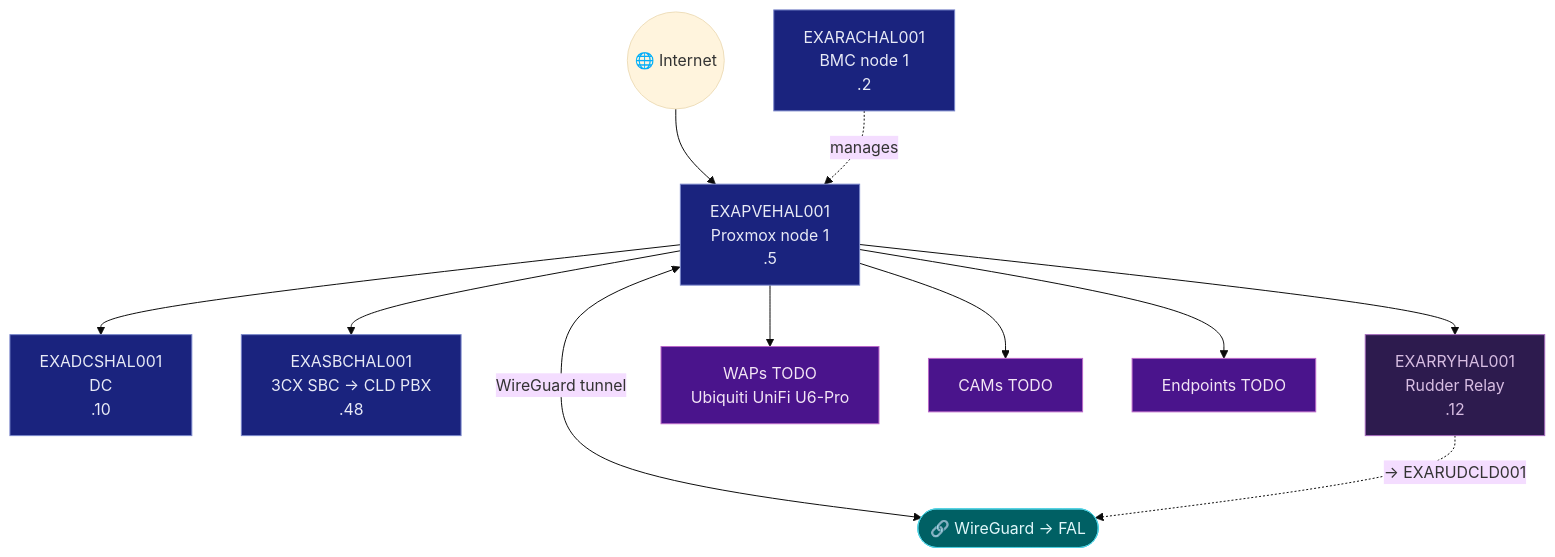
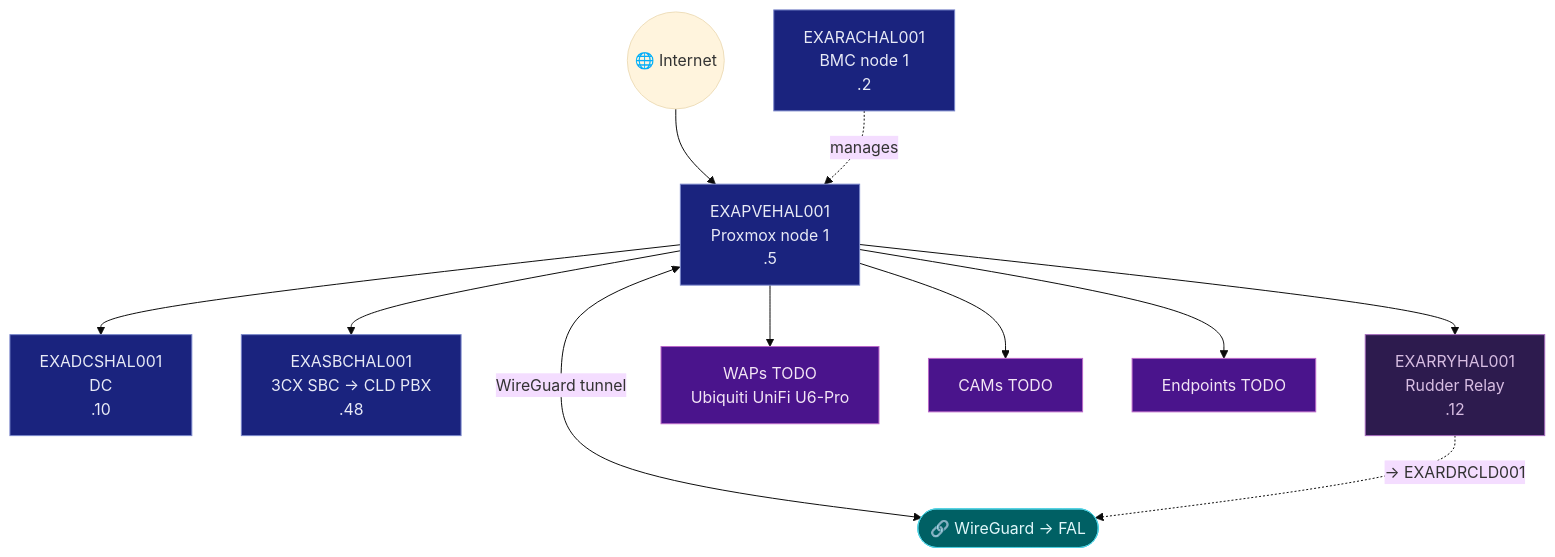
Before and after one commit to knightmare2600/example_music_infra: diagram 15 of 47 in docs/network-diagram.md, drawn with Mermaid (base theme). The commit also changed other lines of this file and 9 other files, not shown here.

````diff
--- a/docs/network-diagram.md
+++ b/docs/network-diagram.md
@@ -813,29 +814,29 @@
 ```mermaid
 graph TD
     INET(("🌐 Internet"))
     RAC["EXARACHAL001\nBMC node 1\n.2"]
     PVE["EXAPVEHAL001\nProxmox node 1\n.5"]
     DC["EXADCSHAL001\nDC\n.10"]
     SBC["EXASBCHAL001\n3CX SBC → CLD PBX\n.48"]
     RRY["EXARRYHAL001\nRudder Relay\n.12"]
     WAP["WAPs TODO\nUbiquiti UniFi U6-Pro"]
     CAM["CAMs TODO"]
     EP["Endpoints TODO"]
     VPN(["🔗 WireGuard → FAL"])
 
     INET --> PVE --> DC & SBC
     RAC -.->|"manages"| PVE
     PVE --> WAP & CAM & EP
     PVE <-->|"WireGuard tunnel"| VPN
 
     PVE --> RRY
-    RRY -. "→ EXARUDCLD001" .-> VPN
+    RRY -. "→ EXARDRCLD001" .-> VPN
     classDef srv fill:#1a237e,stroke:#7986cb,color:#e8eaf6
     classDef ep fill:#4a148c,stroke:#ba68c8,color:#f3e5f5
     classDef vpn fill:#006064,stroke:#4dd0e1,color:#e0f7fa
     classDef rudder fill:#2d1b4e,stroke:#a569bd,color:#d7bde2
     class PVE,DC,SBC,RAC srv
     class RRY rudder
     class WAP,CAM,EP ep
     class VPN vpn
 ```
````
